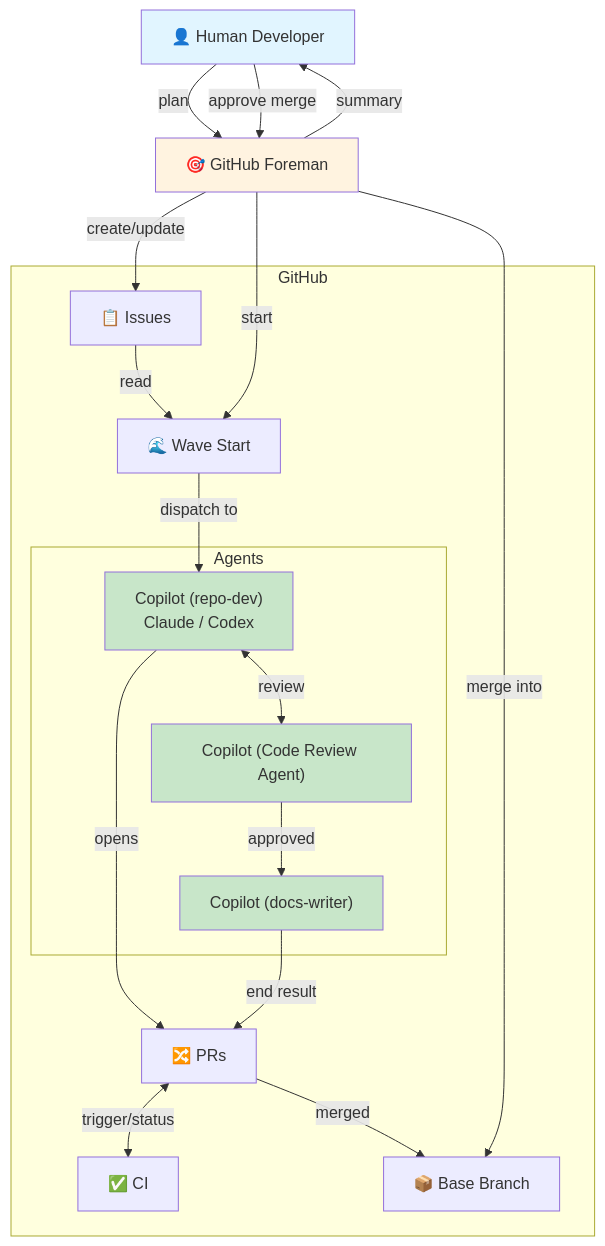
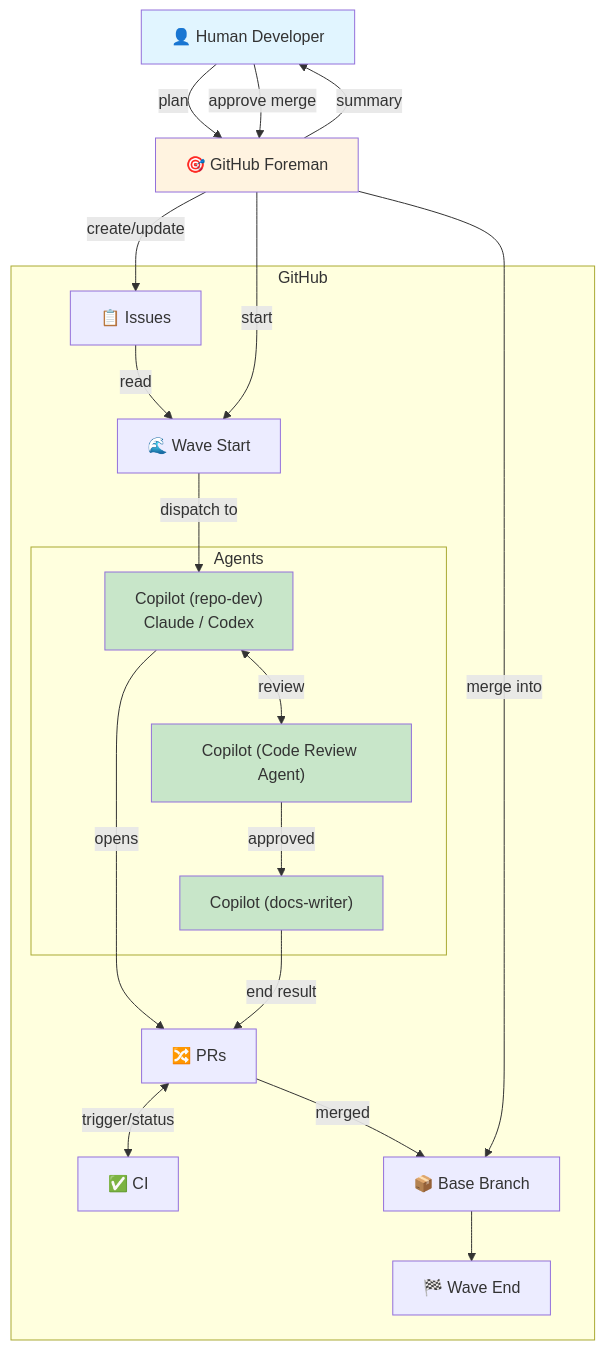
One commit to ewega/github-foreman changed the first of 2 diagrams in README.md. Above: the diagram before and after it, drawn with Mermaid.

Commit message:
Add Wave End box to mark wave completion
- Wave End box shows the final milestone after merge to base branch
- Completes the visual cycle: Wave Start → ... → Wave End
- Marks the end of the entire wave orchestration cycle

````diff
--- a/README.md
+++ b/README.md
@@ -70,44 +70,46 @@
 ```mermaid
 graph TB
     H["👤 Human Developer"]
     F["🎯 GitHub Foreman"]
     
     subgraph github["GitHub"]
         Issues["📋 Issues"]
         WaveStart["🌊 Wave Start"]
         
         subgraph agents["Agents"]
             Working["Copilot (repo-dev)<br/>Claude / Codex"]
             CodeReview["Copilot (Code Review Agent)"]
             DW["Copilot (docs-writer)"]
         end
         
         PRs["🔀 PRs"]
         CI["✅ CI"]
         Base["📦 Base Branch"]
+        WaveEnd["🏁 Wave End"]
     end
     
     H -->|"plan"| F
     F -->|"create/update"| Issues
     Issues -->|"read"| WaveStart
     F -->|"start"| WaveStart
     WaveStart -->|"dispatch to"| Working
     Working -->|"opens"| PRs
     
     Working <-->|"review"| CodeReview
     CodeReview -->|"approved"| DW
     DW -->|"end result"| PRs
     
     PRs <-->|"trigger/status"| CI
     
     F -->|"summary"| H
     H -->|"approve merge"| F
     F -->|"merge into"| Base
     PRs -->|"merged"| Base
+    Base --> WaveEnd
     
     style H fill:#e1f5ff
     style F fill:#fff3e0
     style Working fill:#c8e6c9
     style CodeReview fill:#c8e6c9
     style DW fill:#c8e6c9
 ```
````
